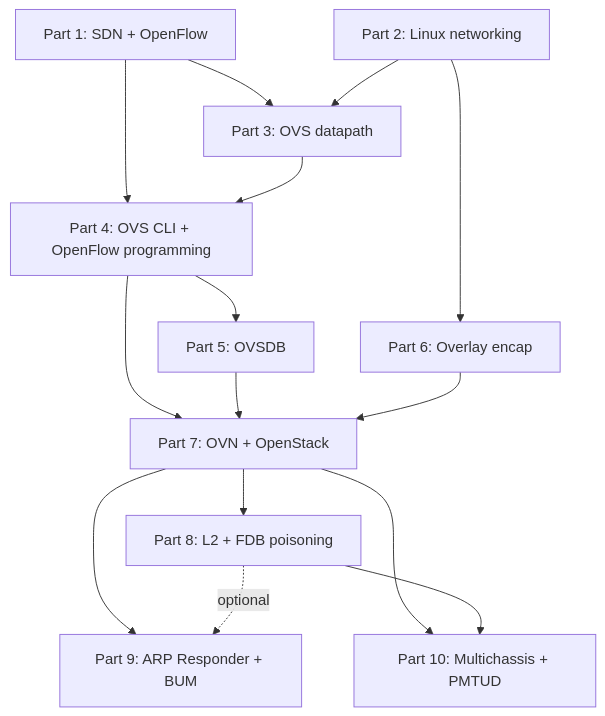
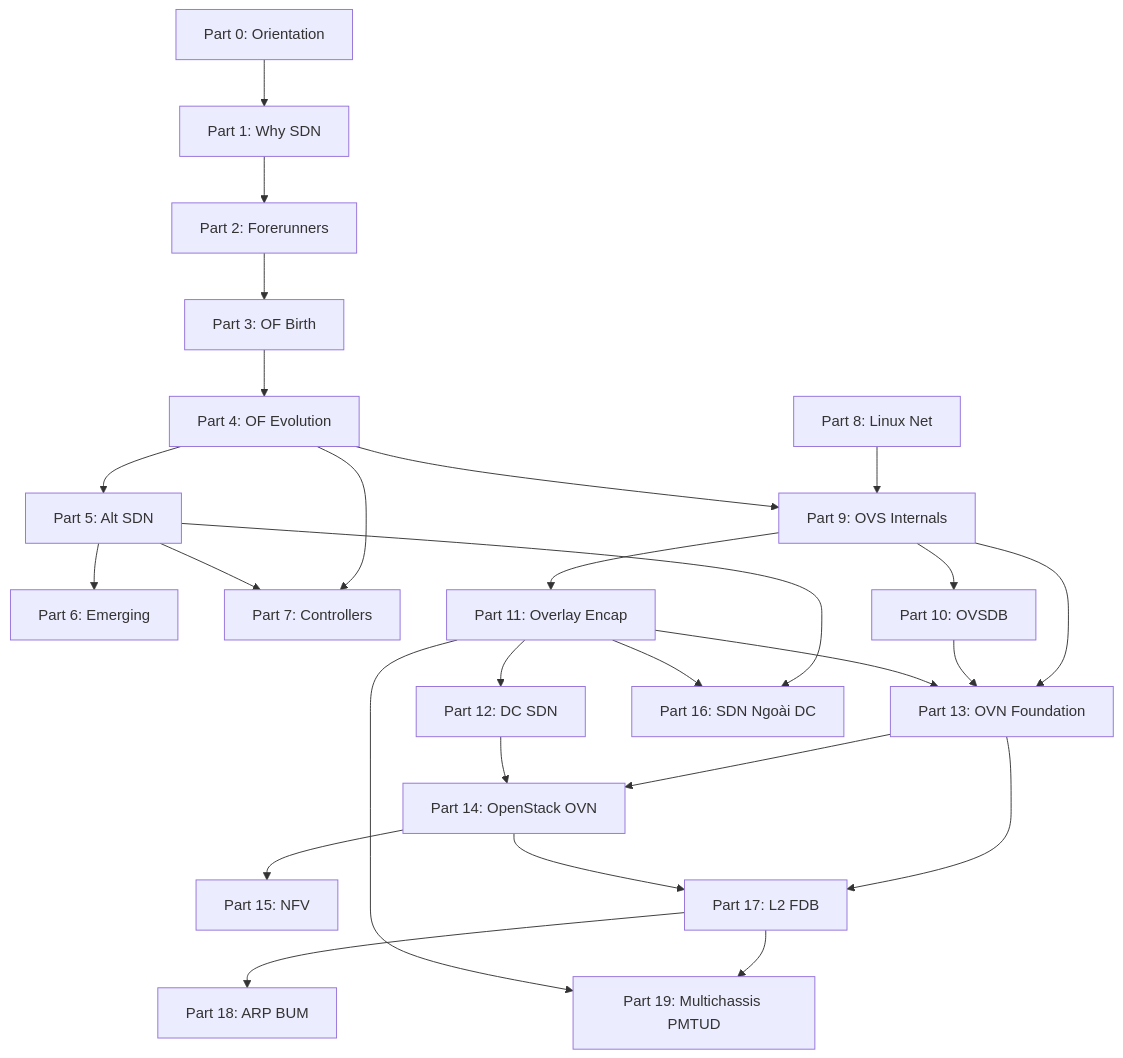
Before and after one commit to volehuy1998/network-onboard: the diagram in plans/sdn-foundation-architecture.md, drawn with Mermaid. The commit also changed other lines of this file and 61 other files, not shown here.

First line of the commit message:
feat(sdn): add foundation architecture plan + 60 skeleton Parts (rev 2)

````diff
--- a/plans/sdn-foundation-architecture.md
+++ b/plans/sdn-foundation-architecture.md
@@ -145,28 +1583,50 @@
 ```mermaid
 graph TD
-  P1[Part 1: SDN + OpenFlow]
-  P2[Part 2: Linux networking]
-  P3[Part 3: OVS datapath]
-  P4[Part 4: OVS CLI + OpenFlow programming]
-  P5[Part 5: OVSDB]
-  P6[Part 6: Overlay encap]
-  P7[Part 7: OVN + OpenStack]
-  P8[Part 8: L2 + FDB poisoning]
-  P9[Part 9: ARP Responder + BUM]
-  P10[Part 10: Multichassis + PMTUD]
+  P0[Part 0: Orientation]
+  P1[Part 1: Why SDN]
+  P2[Part 2: Forerunners]
+  P3[Part 3: OF Birth]
+  P4[Part 4: OF Evolution]
+  P5[Part 5: Alt SDN]
+  P6[Part 6: Emerging]
+  P7[Part 7: Controllers]
+  P8[Part 8: Linux Net]
+  P9[Part 9: OVS Internals]
+  P10[Part 10: OVSDB]
+  P11[Part 11: Overlay Encap]
+  P12[Part 12: DC SDN]
+  P13[Part 13: OVN Foundation]
+  P14[Part 14: OpenStack OVN]
+  P15[Part 15: NFV]
+  P16[Part 16: SDN Ngoài DC]
+  P17[Part 17: L2 FDB]
+  P18[Part 18: ARP BUM]
+  P19[Part 19: Multichassis PMTUD]
 
-  P1 --> P3
-  P1 --> P4
+  P0 --> P1
+  P1 --> P2
   P2 --> P3
   P3 --> P4
   P4 --> P5
   P4 --> P7
+  P5 --> P6
   P5 --> P7
-  P6 --> P7
-  P2 --> P6
-  P7 --> P8
-  P7 --> P9
-  P7 --> P10
-  P8 -.optional.-> P9
-  P8 --> P10
+  P8 --> P9
+  P9 --> P10
+  P9 --> P11
+  P4 --> P9
+  P11 --> P12
+  P9 --> P13
+  P10 --> P13
+  P11 --> P13
+  P13 --> P14
+  P12 --> P14
+  P14 --> P15
+  P5 --> P16
+  P11 --> P16
+  P13 --> P17
+  P14 --> P17
+  P17 --> P18
+  P17 --> P19
+  P11 --> P19
 ```
````
